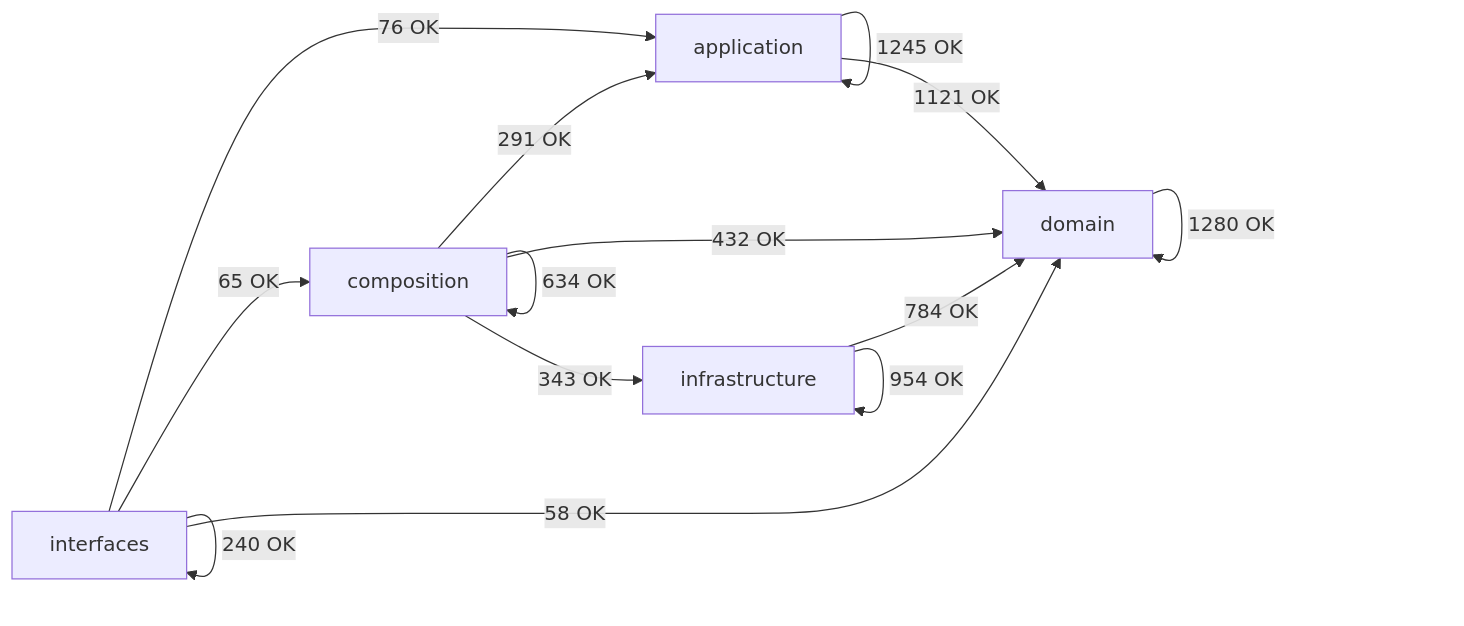
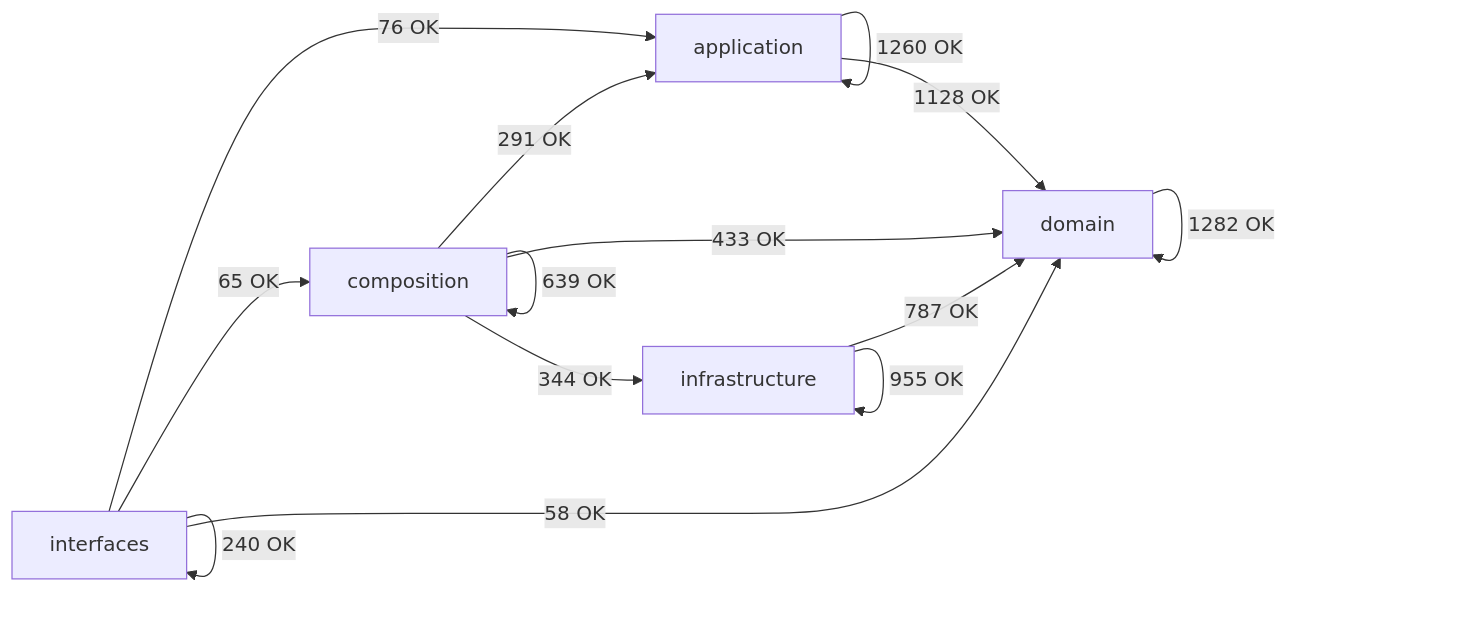
Before and after one commit to SatoryKono/BioactivityDataAcquisition: the diagram in docs/02-architecture/generated/module-dependency-map.md, drawn with Mermaid. The commit also changed other lines of this file and 245 other files, not shown here.

````diff
--- a/docs/02-architecture/generated/module-dependency-map.md
+++ b/docs/02-architecture/generated/module-dependency-map.md
@@ -17,21 +17,21 @@
 ```mermaid
 flowchart LR
     domain[domain]
     application[application]
     infrastructure[infrastructure]
     composition[composition]
     interfaces[interfaces]
-    application -->|1245 OK| application
-    application -->|1121 OK| domain
+    application -->|1260 OK| application
+    application -->|1128 OK| domain
     composition -->|291 OK| application
-    composition -->|634 OK| composition
-    composition -->|432 OK| domain
-    composition -->|343 OK| infrastructure
-    domain -->|1280 OK| domain
-    infrastructure -->|784 OK| domain
-    infrastructure -->|954 OK| infrastructure
+    composition -->|639 OK| composition
+    composition -->|433 OK| domain
+    composition -->|344 OK| infrastructure
+    domain -->|1282 OK| domain
+    infrastructure -->|787 OK| domain
+    infrastructure -->|955 OK| infrastructure
     interfaces -->|76 OK| application
     interfaces -->|65 OK| composition
     interfaces -->|58 OK| domain
     interfaces -->|240 OK| interfaces
 ```
````
